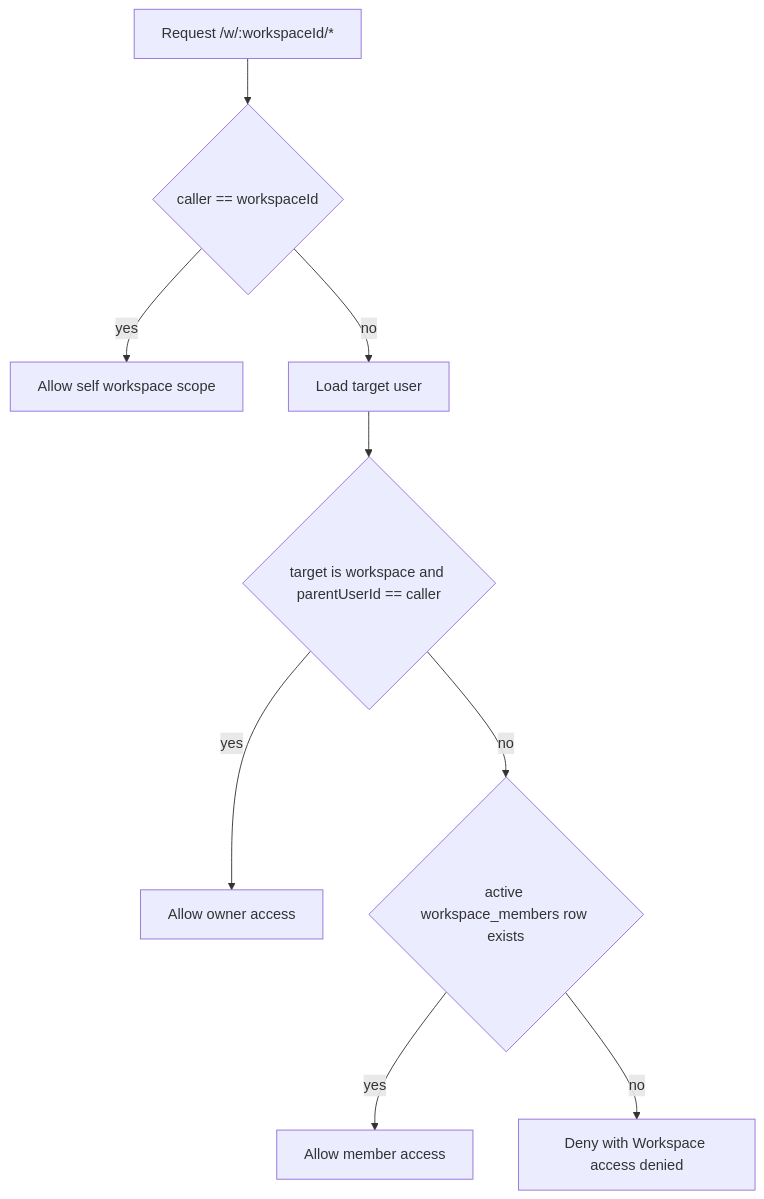
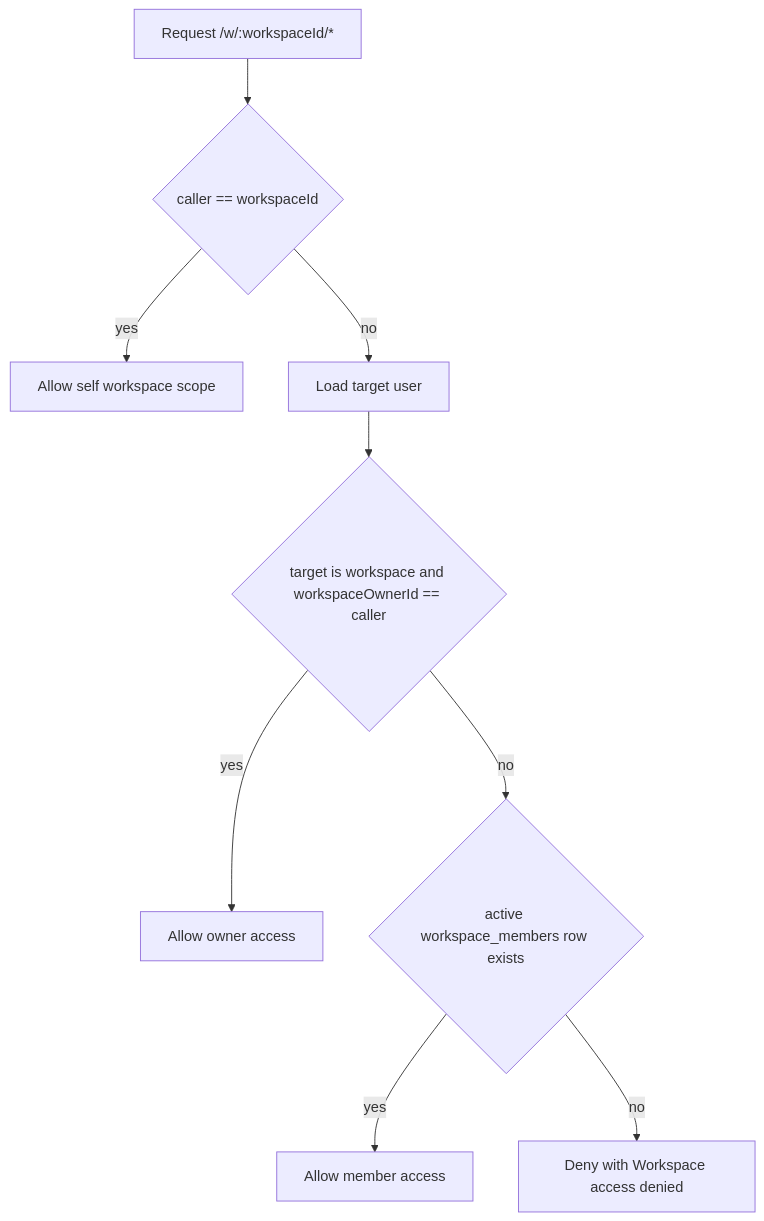
The first of 2 diagrams in doc/workspace-members-and-invites.md (ex3ndr/daycare), drawn with Mermaid before and after one commit. The commit also changed 49 other files, not shown here.

Commit message:
refactor: rename workspace owner id

````diff
--- a/doc/workspace-members-and-invites.md
+++ b/doc/workspace-members-and-invites.md
@@ -15,11 +15,11 @@
 ```mermaid
 flowchart TD
   A[Request /w/:workspaceId/*] --> B{caller == workspaceId}
   B -->|yes| C[Allow self workspace scope]
   B -->|no| D[Load target user]
-  D --> E{target is workspace and parentUserId == caller}
+  D --> E{target is workspace and workspaceOwnerId == caller}
   E -->|yes| F[Allow owner access]
   E -->|no| G{active workspace_members row exists}
   G -->|yes| H[Allow member access]
   G -->|no| I[Deny with Workspace access denied]
 ```
````
